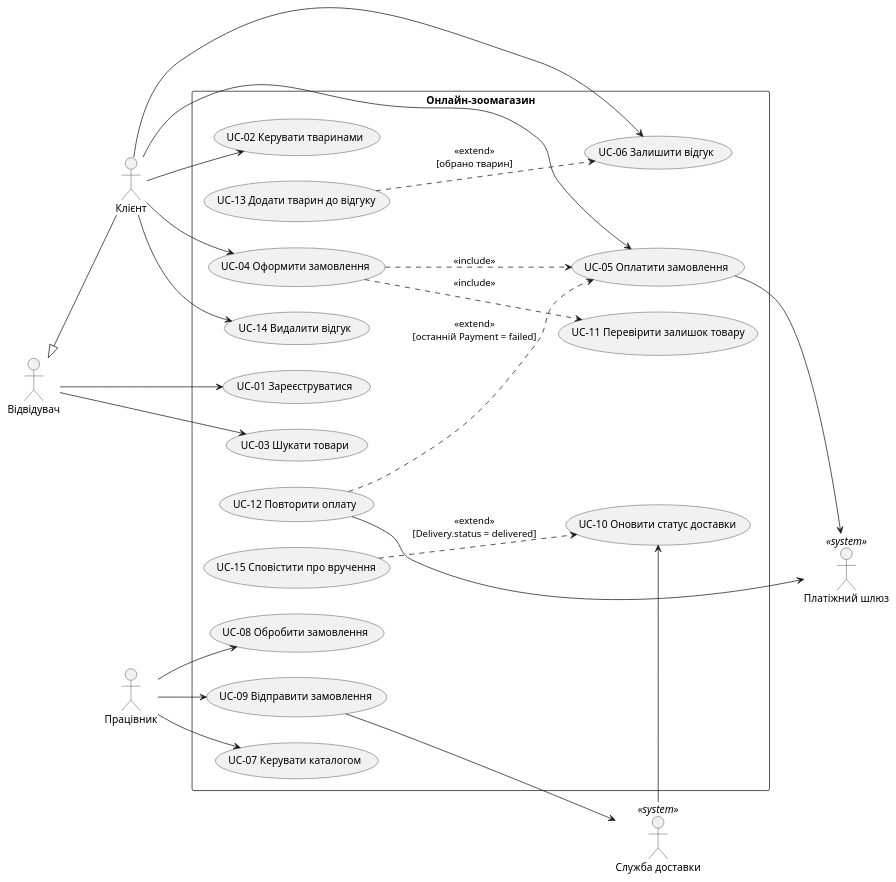
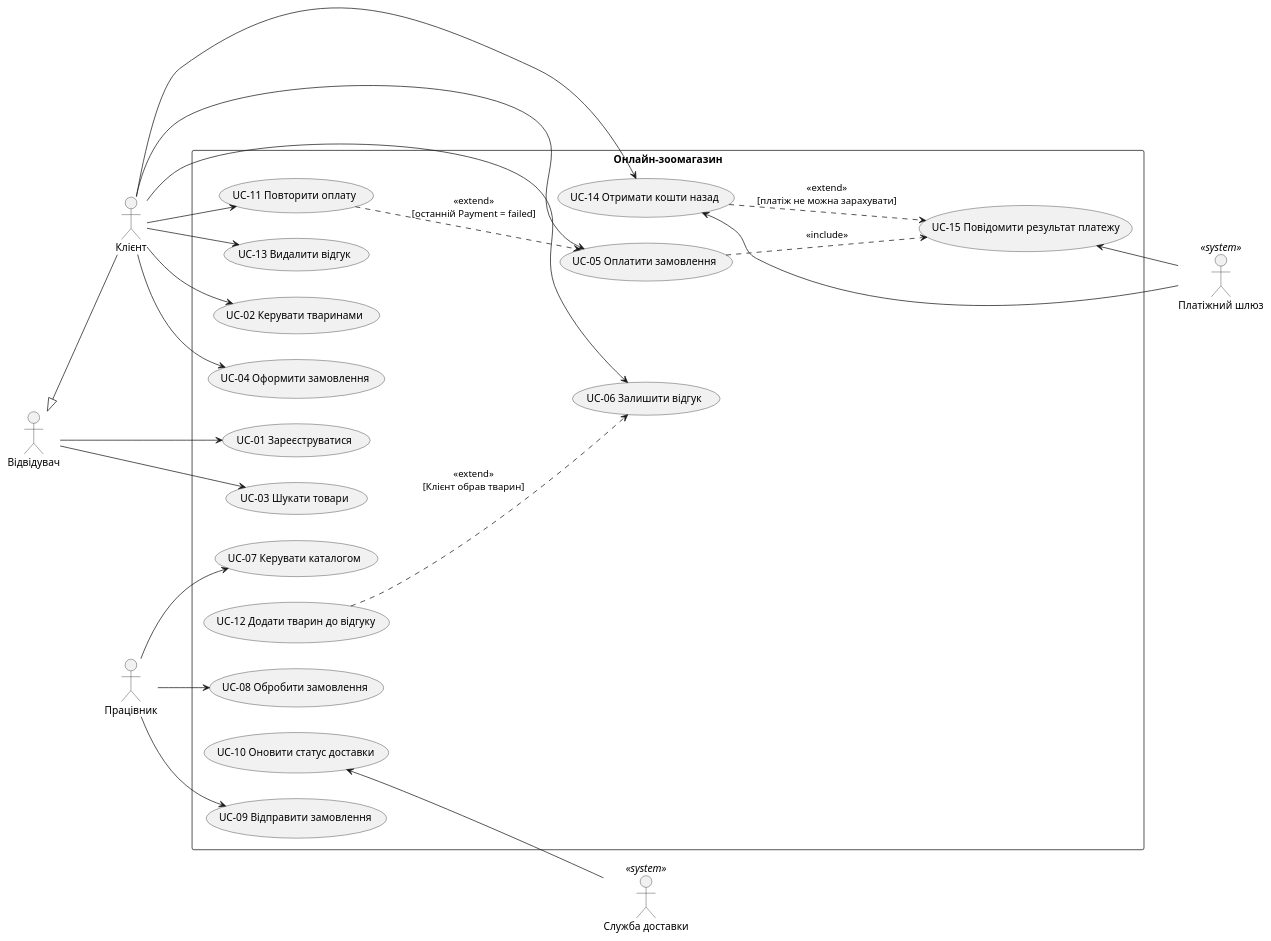
Before and after one commit to hutnichs/KPI_MAVPZ: the diagram in Lab2/petshop.puml, drawn with PlantUML. The commit also changed 8 other files, not shown here.

```diff
--- a/Lab2/petshop.puml
+++ b/Lab2/petshop.puml
@@ -1,60 +1,60 @@
 @startuml
 left to right direction
 skinparam packageStyle rectangle
 
 actor "Відвідувач" as Visitor
 actor "Клієнт" as Customer
 actor "Працівник" as Employee
 actor "Платіжний шлюз" as PGW <<system>>
 actor "Служба доставки" as DSA <<system>>
 
-' Узагальнення: Клієнт є зареєстрованим Відвідувачем
+' Узагальнення акторів: Клієнт є зареєстрованим Відвідувачем
 Visitor <|-- Customer
 
 rectangle "Онлайн-зоомагазин" {
   usecase "UC-01 Зареєструватися" as UC01
   usecase "UC-02 Керувати тваринами" as UC02
   usecase "UC-03 Шукати товари" as UC03
   usecase "UC-04 Оформити замовлення" as UC04
   usecase "UC-05 Оплатити замовлення" as UC05
   usecase "UC-06 Залишити відгук" as UC06
   usecase "UC-07 Керувати каталогом" as UC07
   usecase "UC-08 Обробити замовлення" as UC08
   usecase "UC-09 Відправити замовлення" as UC09
   usecase "UC-10 Оновити статус доставки" as UC10
-  usecase "UC-11 Перевірити залишок товару" as UC11
-  usecase "UC-12 Повторити оплату" as UC12
-  usecase "UC-13 Додати тварин до відгуку" as UC13
-  usecase "UC-14 Видалити відгук" as UC14
-  usecase "UC-15 Сповістити про вручення" as UC15
+  usecase "UC-11 Повторити оплату" as UC11
+  usecase "UC-12 Додати тварин до відгуку" as UC12
+  usecase "UC-13 Видалити відгук" as UC13
+  usecase "UC-14 Отримати кошти назад" as UC14
+  usecase "UC-15 Повідомити результат платежу" as UC15
 }
 
-' Відвідувач
+' Відвідувач (його можливості успадковує Клієнт)
 Visitor --> UC01
 Visitor --> UC03
 
 ' Клієнт
 Customer --> UC02
 Customer --> UC04
 Customer --> UC05
 Customer --> UC06
+Customer --> UC11
+Customer --> UC13
 Customer --> UC14
 
 ' Працівник
 Employee --> UC07
 Employee --> UC08
 Employee --> UC09
 
 ' include / extend
-UC04 ..> UC11 : <<include>>
-UC04 ..> UC05 : <<include>>
-UC12 ..> UC05 : <<extend>>\n[останній Payment = failed]
-UC13 ..> UC06 : <<extend>>\n[обрано тварин]
-UC15 ..> UC10 : <<extend>>\n[Delivery.status = delivered]
+UC05 ..> UC15 : <<include>>
+UC11 ..> UC05 : <<extend>>\n[останній Payment = failed]
+UC14 ..> UC15 : <<extend>>\n[платіж не можна зарахувати]
+UC12 ..> UC06 : <<extend>>\n[Клієнт обрав тварин]
 
-' Зовнішні системи
-UC05 --> PGW
-UC12 --> PGW
-UC09 --> DSA
-DSA --> UC10
+' Зовнішні системи, що самі ініціюють взаємодію
+UC15 <-- PGW
+UC14 <-- PGW
+UC10 <-- DSA
 @enduml
```
